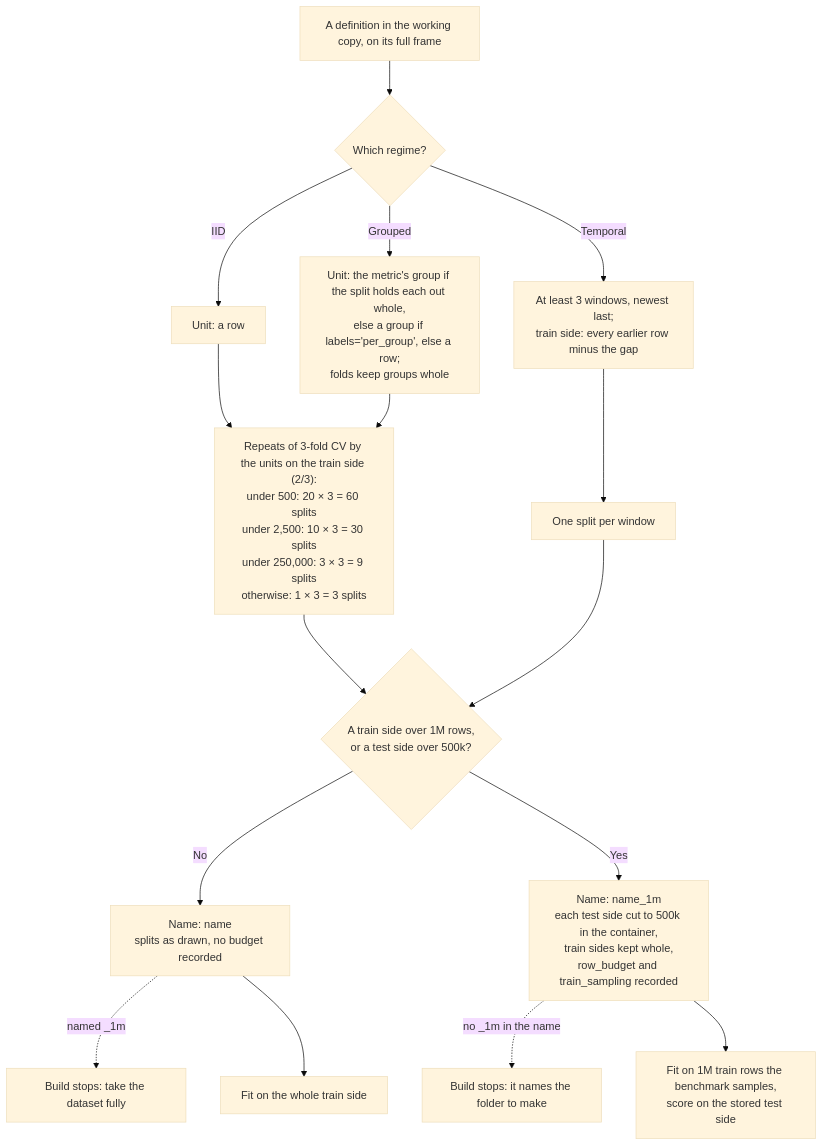
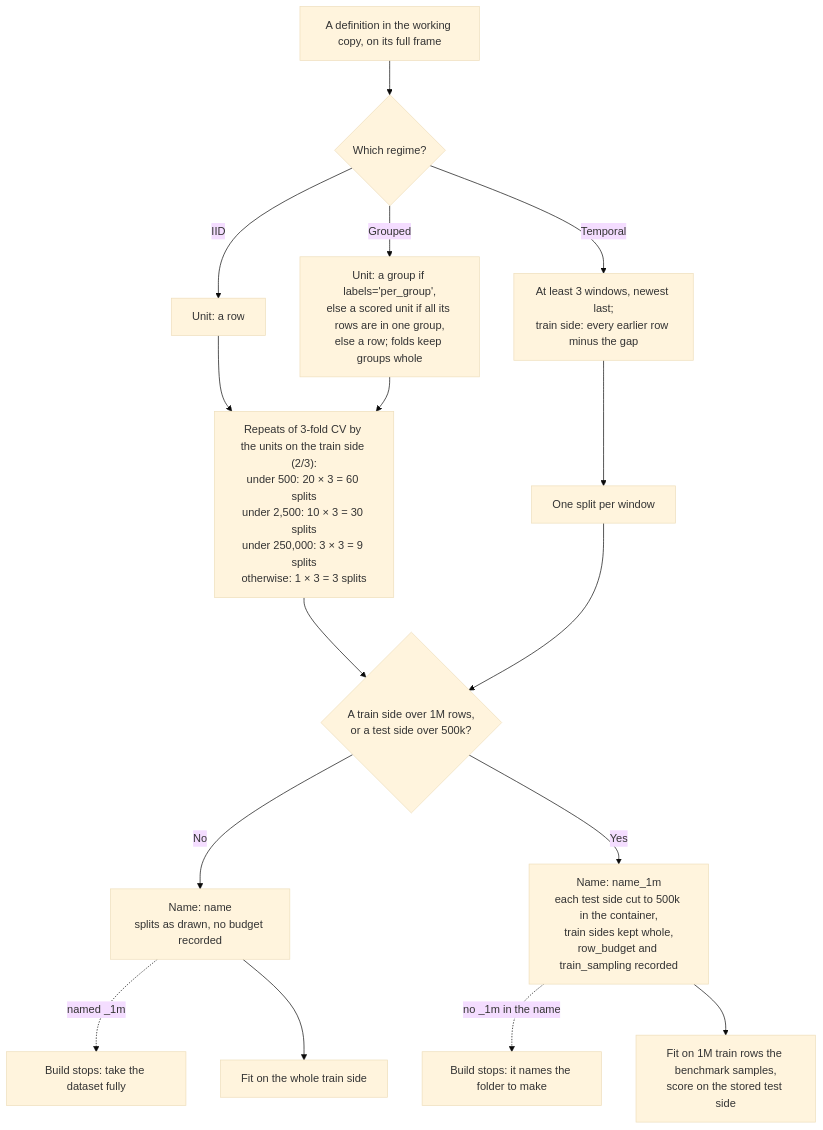
The first of 2 diagrams in .claude/skills/knowledge-data-foundry/references/split_protocol.md (TabArena/data-foundry), drawn with Mermaid (base theme) before and after one commit. The commit also changed other lines of this file and 5 other files, not shown here.

First line of the commit message:
SPLIT-33: labels first, scored units, and the counting tree in the docs

````diff
--- a/.claude/skills/knowledge-data-foundry/references/split_protocol.md
+++ b/.claude/skills/knowledge-data-foundry/references/split_protocol.md
@@ -24,18 +24,18 @@
 ```mermaid
 flowchart TD
     A["A definition in the working copy, on its full frame"] --> Q1{"Which regime?"}
     Q1 -->|IID| U1["Unit: a row"]
-    Q1 -->|Grouped| U2["Unit: the metric's group if the split holds each out whole,<br/>else a group if labels='per_group', else a row;<br/>folds keep groups whole"]
+    Q1 -->|Grouped| U2["Unit: a group if labels='per_group',<br/>else a scored unit if all its rows are in one group,<br/>else a row; folds keep groups whole"]
     Q1 -->|Temporal| W["At least 3 windows, newest last;<br/>train side: every earlier row minus the gap"]
     U1 --> R["Repeats of 3-fold CV by the units on the train side (2/3):<br/>under 500: 20 × 3 = 60 splits<br/>under 2,500: 10 × 3 = 30 splits<br/>under 250,000: 3 × 3 = 9 splits<br/>otherwise: 1 × 3 = 3 splits"]
     U2 --> R
     W --> S["One split per window"]
     R --> Q2{"A train side over 1M rows,<br/>or a test side over 500k?"}
     S --> Q2
     Q2 -->|No| N["Name: name<br/>splits as drawn, no budget recorded"]
     Q2 -->|Yes| Y["Name: name_1m<br/>each test side cut to 500k in the container,<br/>train sides kept whole,<br/>row_budget and train_sampling recorded"]
     N -.->|"named _1m"| E1["Build stops: take the dataset fully"]
     Y -.->|"no _1m in the name"| E2["Build stops: it names the folder to make"]
     N --> F1["Fit on the whole train side"]
     Y --> F2["Fit on 1M train rows the benchmark samples,<br/>score on the stored test side"]
 ```
````
